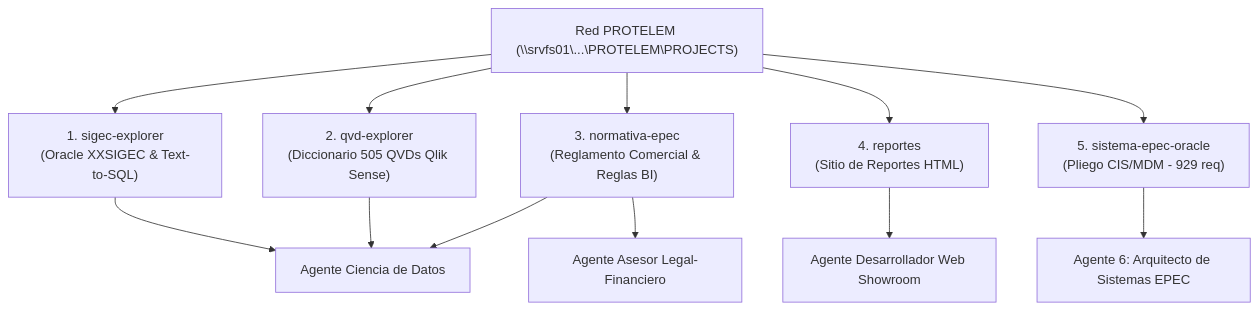
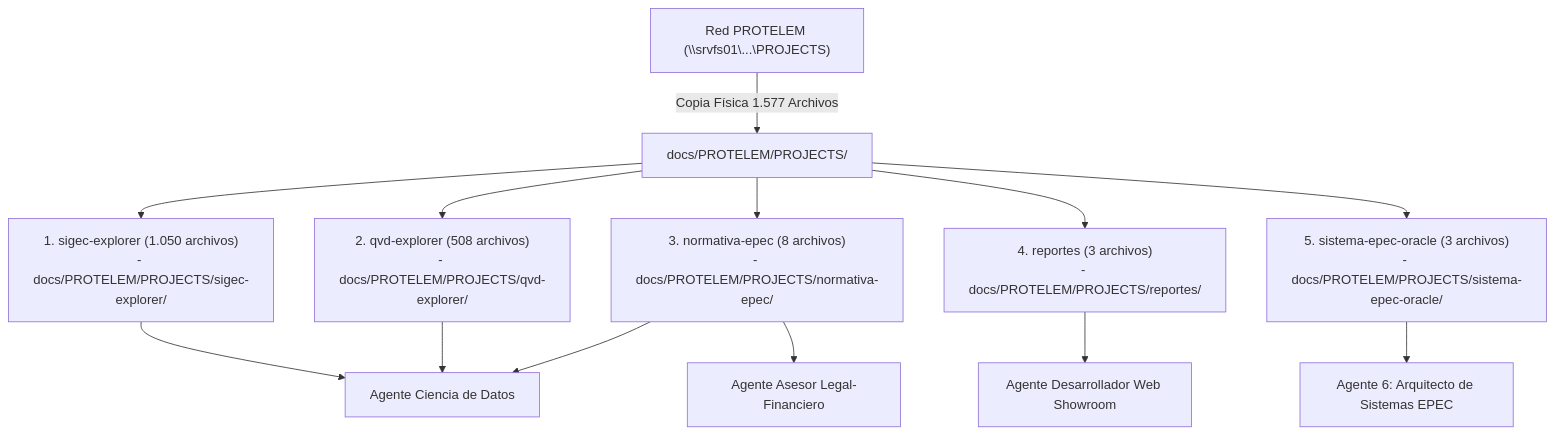
Before and after one commit to inventarioenergycpy/antigravity-agents-repository: the diagram in docs/Proyectos/2026-09-02_protelem-conocimiento-integrado.md, drawn with Mermaid. The commit also changed other lines of this file and 1580 other files, not shown here.

Commit message:
feat(protelem): copia fisica integral de 1577 archivos de los 5 proyectos de la red srvfs01 a docs/PROTELEM/PROJECTS/

````diff
--- a/docs/Proyectos/2026-09-02_protelem-conocimiento-integrado.md
+++ b/docs/Proyectos/2026-09-02_protelem-conocimiento-integrado.md
@@ -34,15 +37,17 @@
 ```mermaid
 graph TD
-    Red["Red PROTELEM (\\srvfs01\...\PROTELEM\PROJECTS)"] --> P1["1. sigec-explorer\n(Oracle XXSIGEC & Text-to-SQL)"]
-    Red --> P2["2. qvd-explorer\n(Diccionario 505 QVDs Qlik Sense)"]
-    Red --> P3["3. normativa-epec\n(Reglamento Comercial & Reglas BI)"]
-    Red --> P4["4. reportes\n(Sitio de Reportes HTML)"]
-    Red --> P5["5. sistema-epec-oracle\n(Pliego CIS/MDM - 929 req)"]
+    Red["Red PROTELEM (\\srvfs01\...\PROJECTS)"] -->|Copia Física 1.577 Archivos| RepoLocal["docs/PROTELEM/PROJECTS/"]
+    
+    RepoLocal --> P1["1. sigec-explorer (1.050 archivos)\n- docs/PROTELEM/PROJECTS/sigec-explorer/"]
+    RepoLocal --> P2["2. qvd-explorer (508 archivos)\n- docs/PROTELEM/PROJECTS/qvd-explorer/"]
+    RepoLocal --> P3["3. normativa-epec (8 archivos)\n- docs/PROTELEM/PROJECTS/normativa-epec/"]
+    RepoLocal --> P4["4. reportes (3 archivos)\n- docs/PROTELEM/PROJECTS/reportes/"]
+    RepoLocal --> P5["5. sistema-epec-oracle (3 archivos)\n- docs/PROTELEM/PROJECTS/sistema-epec-oracle/"]
 
     P1 --> CD["Agente Ciencia de Datos"]
     P2 --> CD
     P3 --> CD
     P3 --> LF["Agente Asesor Legal-Financiero"]
     P4 --> DW["Agente Desarrollador Web Showroom"]
     P5 --> ASE["Agente 6: Arquitecto de Sistemas EPEC"]
 ```
````
